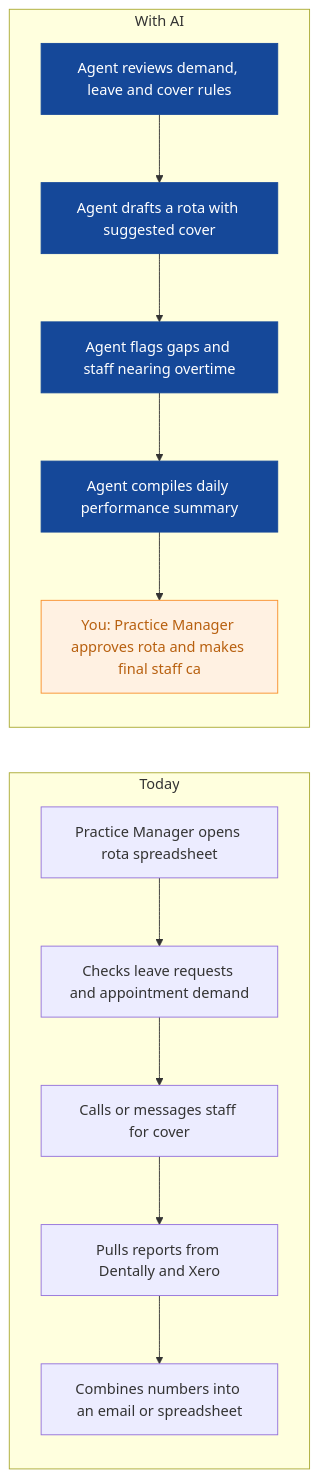
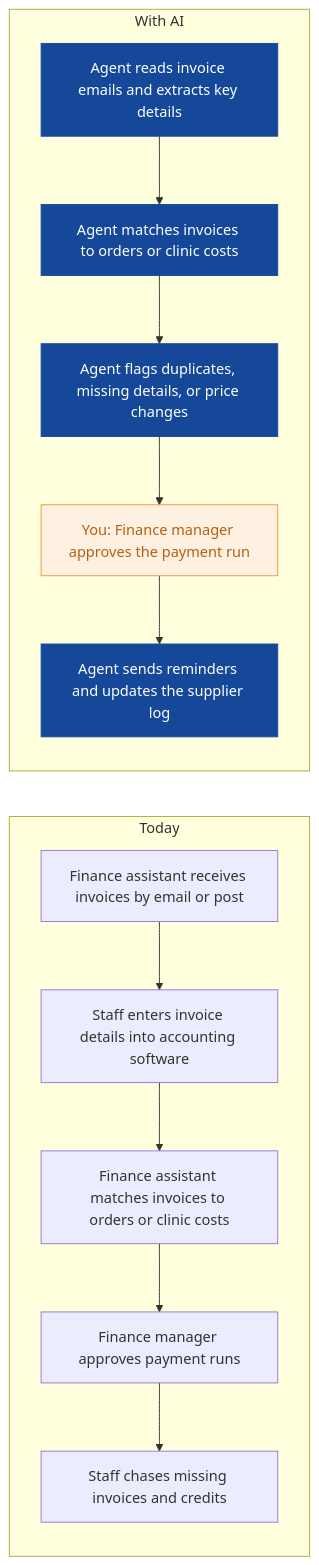
The seventh of 9 diagrams in strategies/maple-sage-dental.md (nexibeo/Complete-AI-Strategy), drawn with Mermaid before and after one commit. The commit also changed other lines of this file and 26 other files, not shown here.

````diff
--- a/strategies/maple-sage-dental.md
+++ b/strategies/maple-sage-dental.md
@@ -192,23 +226,23 @@
 ```mermaid
 flowchart LR
   subgraph Today
-    B0["Practice Manager opens rota spreadsheet"]
-    B1["Checks leave requests and appointment demand"]
-    B2["Calls or messages staff for cover"]
-    B3["Pulls reports from Dentally and Xero"]
-    B4["Combines numbers into an email or spreadsheet"]
+    B0["Finance assistant receives invoices by email or post"]
+    B1["Staff enters invoice details into accounting software"]
+    B2["Finance assistant matches invoices to orders or clinic costs"]
+    B3["Finance manager approves payment runs"]
+    B4["Staff chases missing invoices and credits"]
     B0 --> B1 --> B2 --> B3 --> B4
   end
   subgraph WithAI[With AI]
-    A0["Agent reviews demand, leave and cover rules"]
-    A1["Agent drafts a rota with suggested cover"]
-    A2["Agent flags gaps and staff nearing overtime"]
-    A3["Agent compiles daily performance summary"]
-    A4["You: Practice Manager approves rota and makes final staff ca"]
+    A0["Agent reads invoice emails and extracts key details"]
+    A1["Agent matches invoices to orders or clinic costs"]
+    A2["Agent flags duplicates, missing details, or price changes"]
+    A3["You: Finance manager approves the payment run"]
+    A4["Agent sends reminders and updates the supplier log"]
     A0 --> A1 --> A2 --> A3 --> A4
   end
   classDef ai fill:#154899,color:#fff,stroke:#154899
   classDef human fill:#FFF1E2,color:#B8600F,stroke:#F98F2C
-  class A0,A1,A2,A3 ai
-  class A4 human
+  class A0,A1,A2,A4 ai
+  class A3 human
 ```
````
